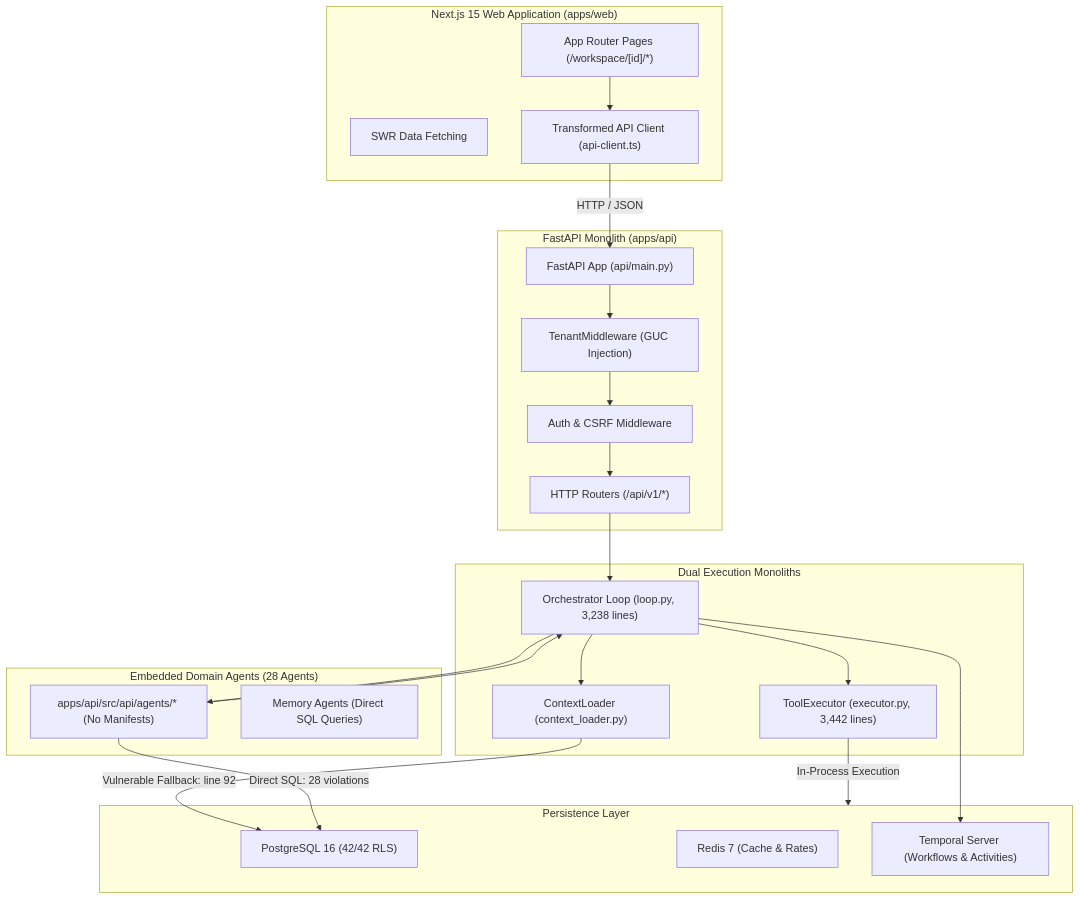
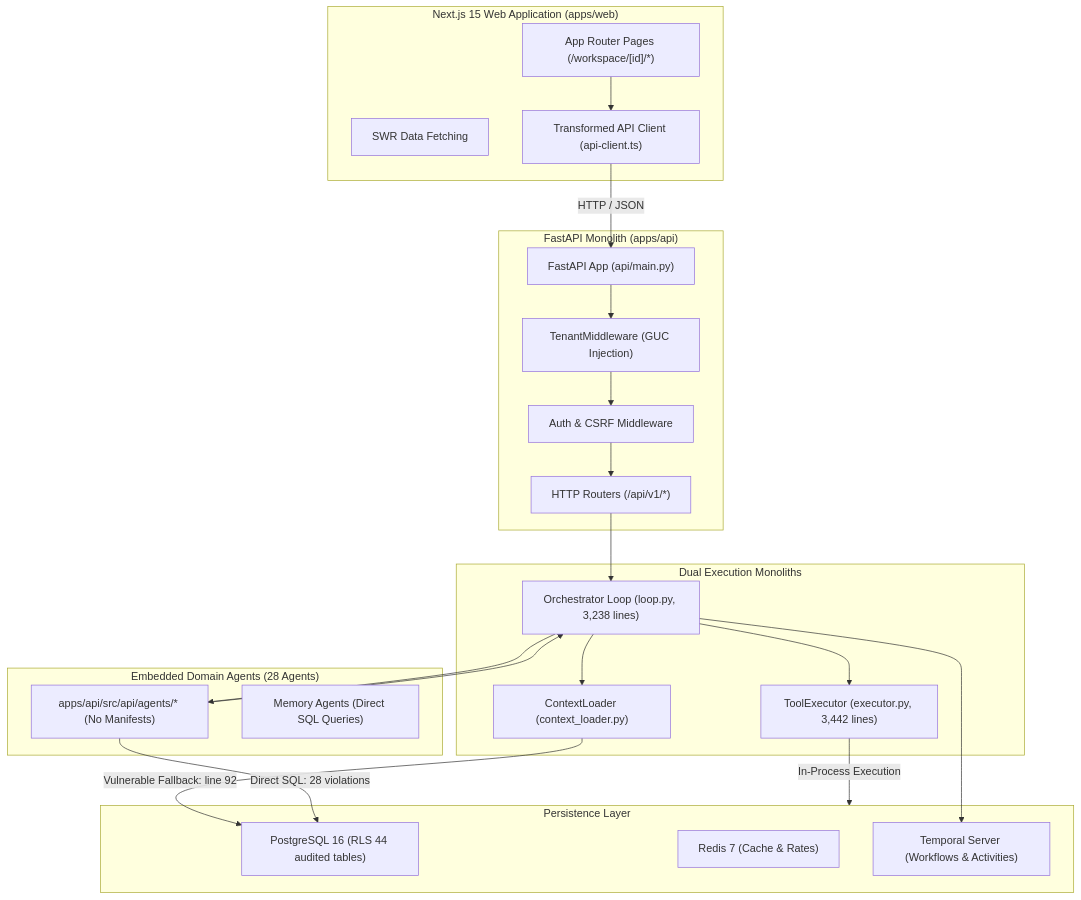
Before and after one commit to Driftloom/Vaeloom: the diagram in docs/verification/current-architecture.md, drawn with Mermaid. The commit also changed 56 other files, not shown here.

Commit message:
docs: update enterprise architecture, documentation map, kubernetes topology, and specifications

````diff
--- a/docs/verification/current-architecture.md
+++ b/docs/verification/current-architecture.md
@@ -13,45 +13,45 @@
 ```mermaid
 flowchart TD
     subgraph UI ["Next.js 15 Web Application (apps/web)"]
         Pages["App Router Pages (/workspace/[id]/*)"]
         SWR["SWR Data Fetching"]
         APIClient["Transformed API Client (api-client.ts)"]
     end
 
     subgraph API ["FastAPI Monolith (apps/api)"]
         FastAPIRoot["FastAPI App (api/main.py)"]
         Middleware["TenantMiddleware (GUC Injection)"]
         AuthMiddleware["Auth & CSRF Middleware"]
         Routers["HTTP Routers (/api/v1/*)"]
     end
 
     subgraph CoreMonolith ["Dual Execution Monoliths"]
         Loop["Orchestrator Loop (loop.py, 3,238 lines)"]
         Context["ContextLoader (context_loader.py)"]
         Executor["ToolExecutor (executor.py, 3,442 lines)"]
     end
 
     subgraph AgentSubsystem ["Embedded Domain Agents (28 Agents)"]
         Agents["apps/api/src/api/agents/* (No Manifests)"]
         MemoryAgents["Memory Agents (Direct SQL Queries)"]
     end
 
     subgraph Storage ["Persistence Layer"]
-        PG["PostgreSQL 16 (42/42 RLS)"]
+        PG["PostgreSQL 16 (RLS 44 audited tables)"]
         Redis["Redis 7 (Cache & Rates)"]
         Temporal["Temporal Server (Workflows & Activities)"]
     end
 
     Pages --> APIClient
     APIClient -->|HTTP / JSON| FastAPIRoot
     FastAPIRoot --> Middleware --> AuthMiddleware --> Routers
     Routers --> Loop
     Loop --> Context
     Context -->|Vulnerable Fallback: line 92| PG
     Loop --> Agents
     Agents -->|Direct SQL: 28 violations| PG
     Agents --> Loop
     Loop --> Executor
     Executor -->|In-Process Execution| Storage
     Loop --> Temporal
 ```
````
